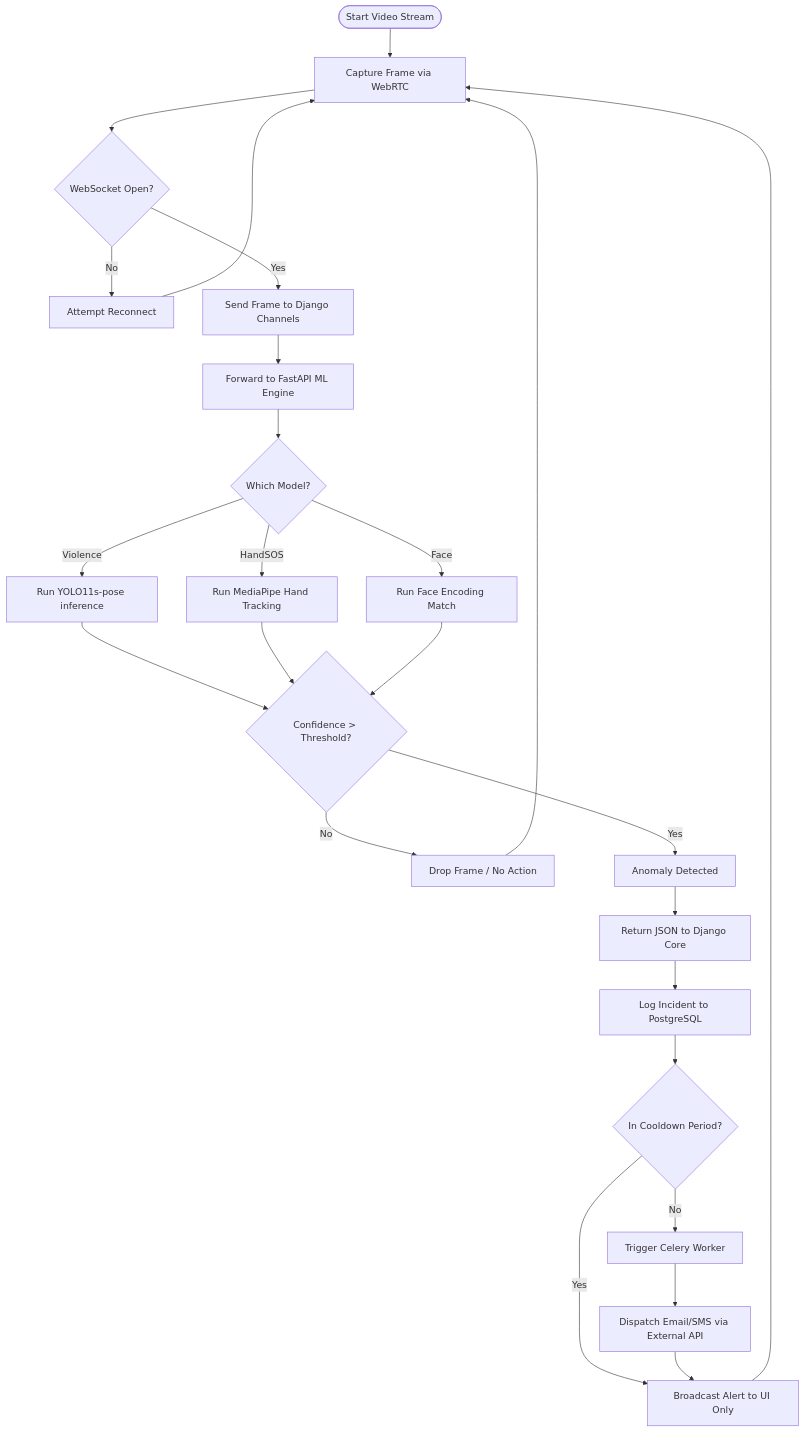
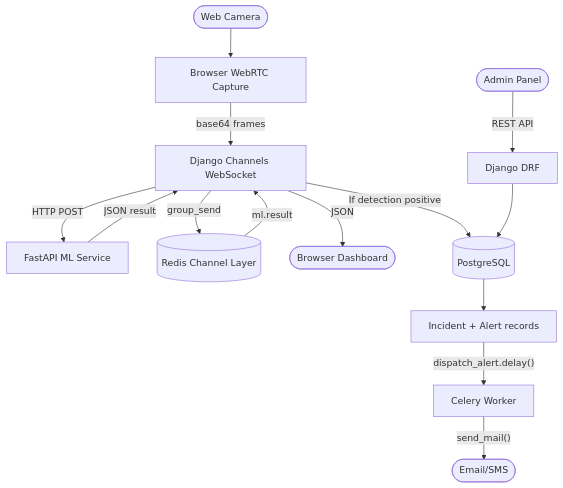
One commit to nathanmendis/carevault-tensortitans changed the fourth of 4 diagrams in migration_doc.md. Above: the diagram before and after it, drawn with Mermaid. The commit also changed other lines of this file and 248 other files, not shown here.

````diff
--- a/migration_doc.md
+++ b/migration_doc.md
@@ -136,37 +488,18 @@
 ```mermaid
 flowchart TD
-    Start([Start Video Stream]) --> Capture[Capture Frame via WebRTC]
-    Capture --> WS{WebSocket Open?}
-    
-    WS -- No --> Reconnect[Attempt Reconnect]
-    Reconnect --> Capture
-    
-    WS -- Yes --> Send[Send Frame to Django Channels]
-    Send --> ML_Service[Forward to FastAPI ML Engine]
-    
-    ML_Service --> Type{Which Model?}
-    
-    Type -- Violence --> YOLO[Run YOLO11s-pose inference]
-    Type -- HandSOS --> Media[Run MediaPipe Hand Tracking]
-    Type -- Face --> FaceRecog[Run Face Encoding Match]
-    
-    YOLO --> Confidence{Confidence > Threshold?}
-    Media --> Confidence
-    FaceRecog --> Confidence
-    
-    Confidence -- No --> Drop[Drop Frame / No Action]
-    Drop --> Capture
-    
-    Confidence -- Yes --> Detect[Anomaly Detected]
-    Detect --> Django[Return JSON to Django Core]
-    
-    Django --> Log[Log Incident to PostgreSQL]
-    Log --> Cooldown{In Cooldown Period?}
-    
-    Cooldown -- Yes --> UpdateUI[Broadcast Alert to UI Only]
-    UpdateUI --> Capture
-    
-    Cooldown -- No --> Trigger[Trigger Celery Worker]
-    Trigger --> SendEmail[Dispatch Email/SMS via External API]
-    SendEmail --> UpdateUI
+    Camera([Web Camera]) --> WebRTC[Browser WebRTC Capture]
+    WebRTC --> |"base64 frames"| WS[Django Channels WebSocket]
+    WS --> |"HTTP POST"| ML[FastAPI ML Service]
+    ML --> |"JSON result"| WS
+    WS --> |"group_send"| Redis[(Redis Channel Layer)]
+    Redis --> |"ml.result"| WS
+    WS --> |"JSON"| Browser([Browser Dashboard])
+
+    WS --> |"If detection positive"| DB[(PostgreSQL)]
+    DB --> Incident[Incident + Alert records]
+    Incident --> |"dispatch_alert.delay()"| Celery[Celery Worker]
+    Celery --> |"send_mail()"| Email([Email/SMS])
+
+    Admin([Admin Panel]) --> |"REST API"| Django[Django DRF]
+    Django --> DB
 ```
````
